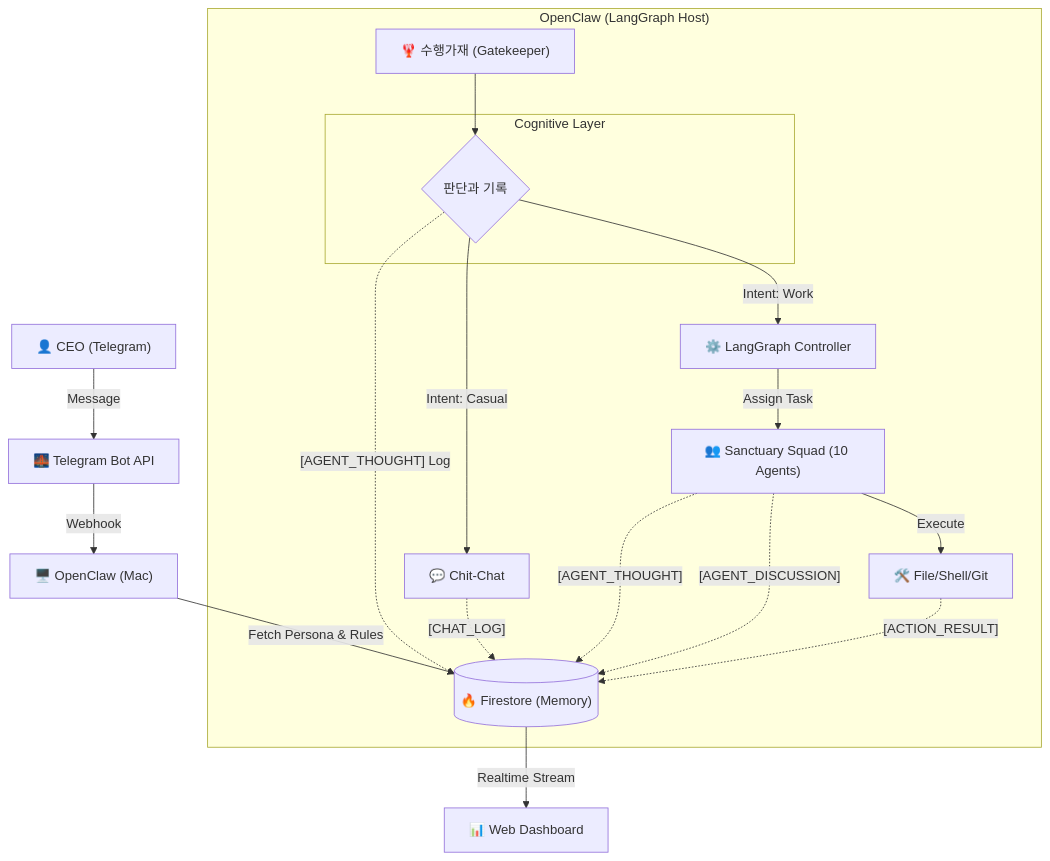
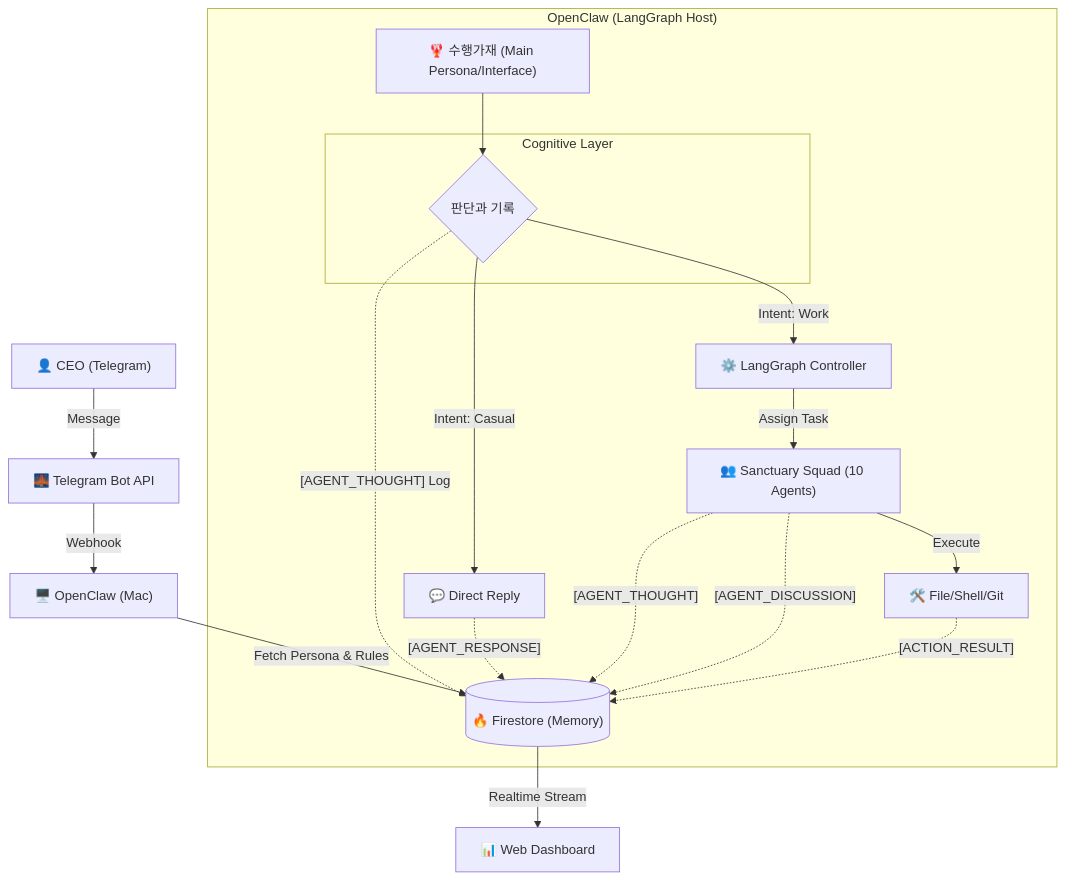
Before and after one commit to KyleL22/yuna-openclaw: the first of 5 diagrams in docs/core/process/SYSTEM_DESIGN_V1_0.md, drawn with Mermaid. The commit also changed other lines of this file, not shown here.

````diff
--- a/docs/core/process/SYSTEM_DESIGN_V1_0.md
+++ b/docs/core/process/SYSTEM_DESIGN_V1_0.md
@@ -12,33 +12,33 @@
 ```mermaid
 graph TD
     User["👤 CEO (Telegram)"] -->|Message| Bridge["🌉 Telegram Bot API"]
     Bridge -->|Webhook| PC["🖥️ OpenClaw (Mac)"]
     
     PC -->|Fetch Persona & Rules| DB[("🔥 Firestore (Memory)")]
     
     subgraph "OpenClaw (LangGraph Host)"
-        Suhaeng["🦞 수행가재 (Gatekeeper)"]
+        Suhaeng["🦞 수행가재 (Main Persona/Interface)"]
         
         subgraph "Cognitive Layer"
             Think{판단과 기록}
         end
 
         Suhaeng --> Think
         Think -.->|"[AGENT_THOUGHT] Log"| DB
         
-        Think -->|Intent: Casual| SimpleLLM["💬 Chit-Chat"]
+        Think -->|Intent: Casual| Reply["💬 Direct Reply"]
         Think -->|Intent: Work| Orchestrator["⚙️ LangGraph Controller"]
         
         Orchestrator -->|Assign Task| Squad["👥 Sanctuary Squad (10 Agents)"]
         
         Squad -->|Execute| Tools["🛠️ File/Shell/Git"]
         
         %% All agents write to DB
-        SimpleLLM -.->|"[CHAT_LOG]"| DB
+        Reply -.->|"[AGENT_RESPONSE]"| DB
         Squad -.->|"[AGENT_THOUGHT]"| DB
         Squad -.->|"[AGENT_DISCUSSION]"| DB
         Tools -.->|"[ACTION_RESULT]"| DB
     end
     
     DB -->|Realtime Stream| Dashboard["📊 Web Dashboard"]
 ```
````
